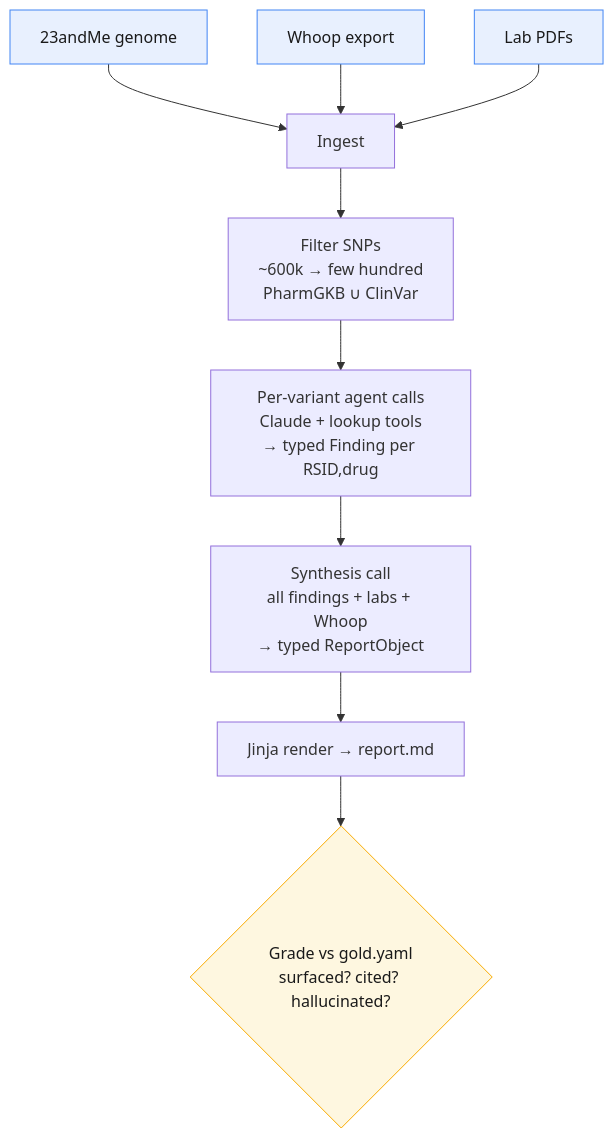
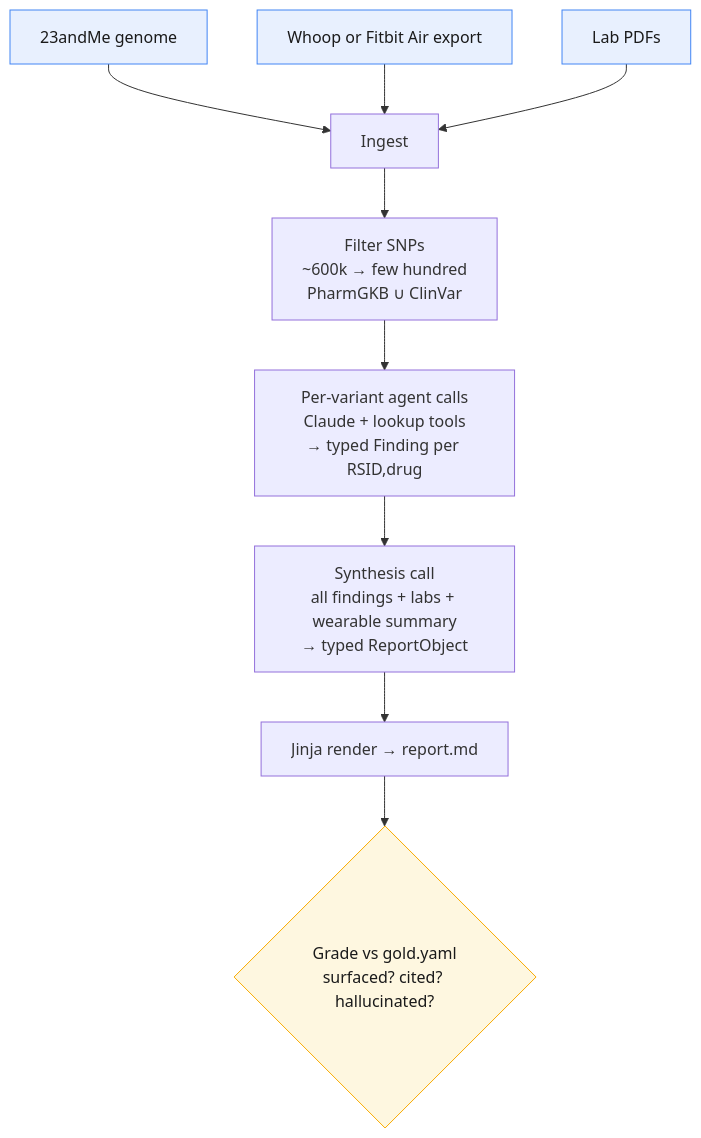
One commit to umar-b/dna-analysis-saas changed the diagram in README.md. Above: the diagram before and after it, drawn with Mermaid. The commit also changed other lines of this file and 1 other file, not shown here.

Commit message:
docs: describe the Whoop or Fitbit Air choice

````diff
--- a/README.md
+++ b/README.md
@@ -13,15 +13,15 @@
 ```mermaid
 flowchart TD
     G[23andMe genome]:::in --> ING[Ingest]
-    W[Whoop export]:::in --> ING
+    W[Whoop or Fitbit Air export]:::in --> ING
     L[Lab PDFs]:::in --> ING
 
     ING --> FILT["Filter SNPs<br/>~600k → few hundred<br/>PharmGKB ∪ ClinVar"]
     FILT --> LOOP["Per-variant agent calls<br/>Claude + lookup tools<br/>→ typed Finding per RSID,drug"]
-    LOOP --> SYN["Synthesis call<br/>all findings + labs + Whoop<br/>→ typed ReportObject"]
+    LOOP --> SYN["Synthesis call<br/>all findings + labs + wearable summary<br/>→ typed ReportObject"]
     SYN --> REP["Jinja render → report.md"]
     REP --> GRADE{"Grade vs gold.yaml<br/>surfaced? cited? hallucinated?"}:::check
 
     classDef in fill:#e8f0fe,stroke:#4285f4,color:#1a1a1a;
     classDef check fill:#fef7e0,stroke:#f9ab00,color:#1a1a1a;
 ```
````
